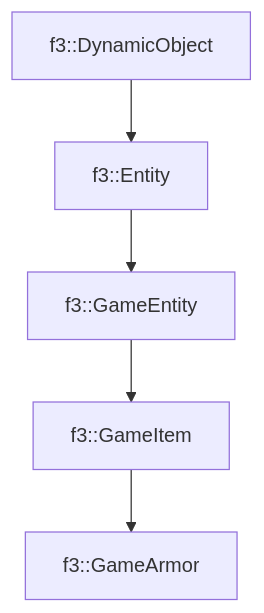
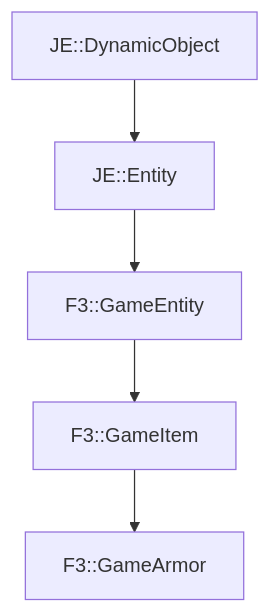
One commit to OpenJE/openvb changed the diagram in docs/f3/GameArmor.md. Above: the diagram before and after it, drawn with Mermaid. The commit also changed other lines of this file and 1399 other files, not shown here.

````diff
--- a/docs/f3/GameArmor.md
+++ b/docs/f3/GameArmor.md
@@ -19,7 +19,7 @@
 ```mermaid
 graph TD;
-    f3::DynamicObject --> f3::Entity
-    f3::Entity --> f3::GameEntity
-    f3::GameEntity --> f3::GameItem
-    f3::GameItem --> f3::GameArmor
+    JE::DynamicObject --> JE::Entity
+    JE::Entity --> F3::GameEntity
+    F3::GameEntity --> F3::GameItem
+    F3::GameItem --> F3::GameArmor
 ```
````
